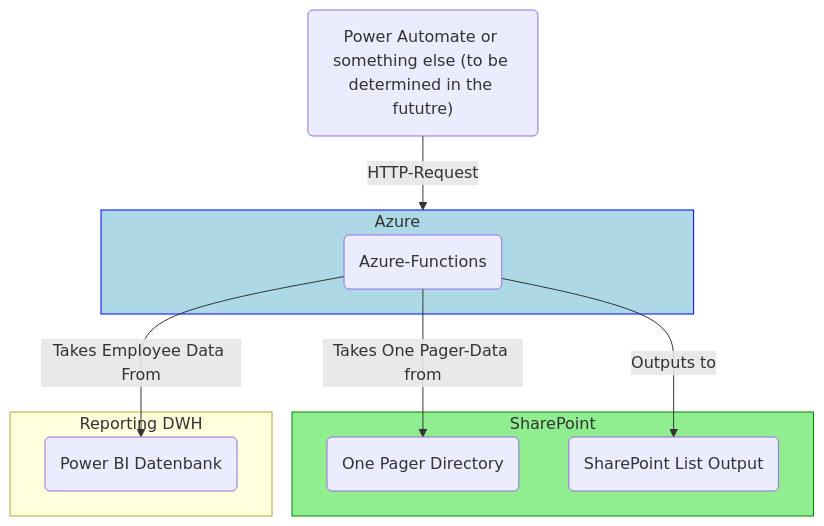
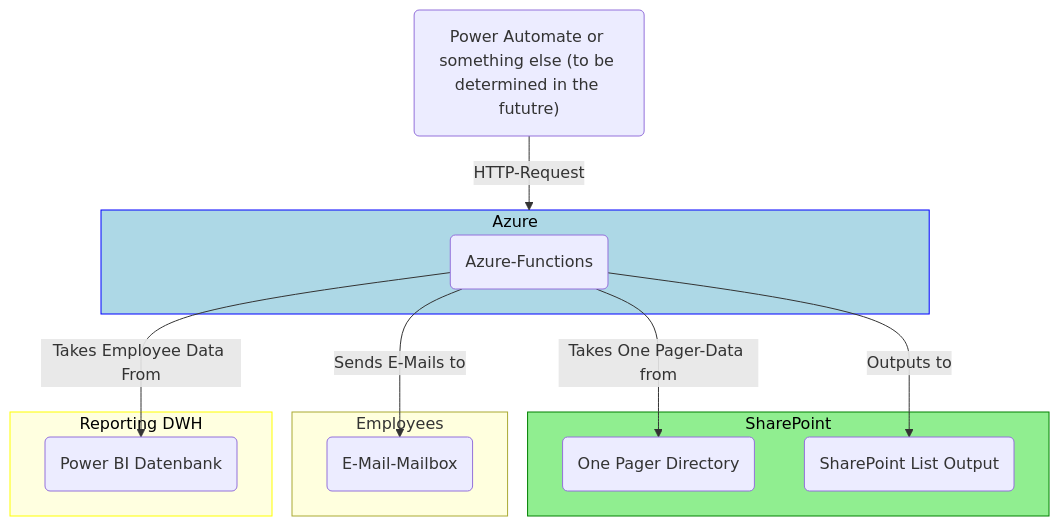
One commit to senacor/One-Pager-Management changed the first of 2 diagrams in docs/02-development/README.md. Above: the diagram before and after it, drawn with Mermaid. The commit also changed other lines of this file, not shown here.

Commit message:
changed architectural diagram

````diff
--- a/docs/02-development/README.md
+++ b/docs/02-development/README.md
@@ -4,27 +4,39 @@
 ```mermaid
-graph TB
+flowchart TB
     
     A("Power Automate or something else (to be determined in the fututre)") -- HTTP-Request --> Azure 
 
     subgraph Azure
         azureFunctions(Azure-Functions)
     end
 
     subgraph SharePoint
         opOrdner(One Pager Directory)
         ListOutput(SharePoint List Output)
     end
 
-    subgraph Reporting DWH
+    subgraph employee[Employees]
+        mailbox(E-Mail-Mailbox)
+    end
+
+    subgraph repDWH["Reporting DWH"]
         powerBIDatabase(Power BI Datenbank)
     end
 
     azureFunctions -- Takes One Pager-Data from --> opOrdner
     azureFunctions -- Outputs to --> ListOutput
     azureFunctions -- Takes Employee Data From --> powerBIDatabase
+    azureFunctions -- "Sends E-Mails to" --> mailbox
     
     style SharePoint fill: lightgreen
     style SharePoint stroke: green
+    style SharePoint color: black
+
     style Azure fill: lightblue
     style Azure stroke: blue
+    style Azure color: black
+
+    style repDWH fill: lightyellow
+    style repDWH stroke: yellow
+    style repDWH color: black
 ```
````
